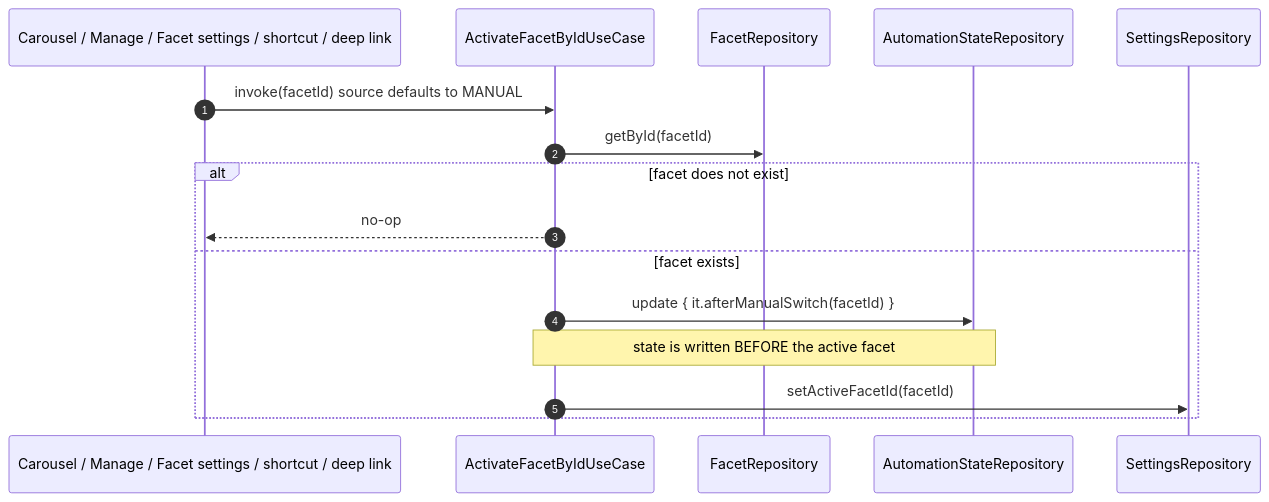
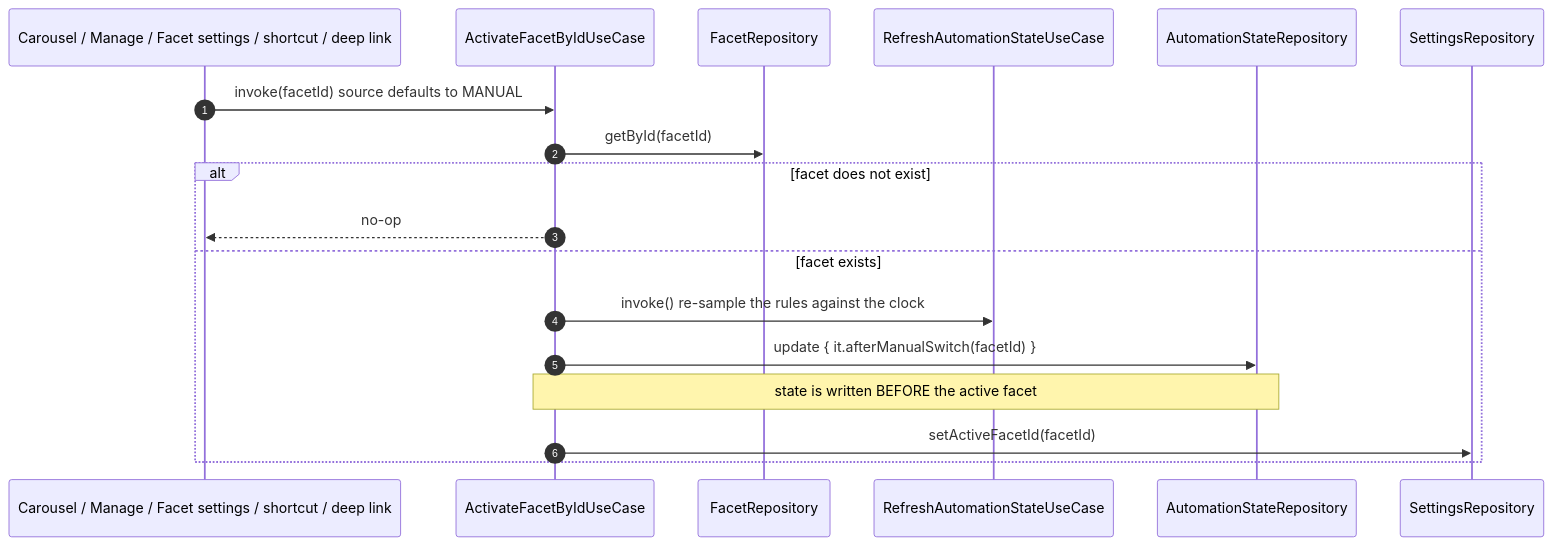
The second of 4 diagrams in docs/architecture/15-flow-facet-automation.md (rohitganjam/facet-launcher), drawn with Mermaid before and after one commit. The commit also changed other lines of this file and 34 other files, not shown here.

````diff
--- a/docs/architecture/15-flow-facet-automation.md
+++ b/docs/architecture/15-flow-facet-automation.md
@@ -193,18 +201,20 @@
 ```mermaid
 sequenceDiagram
     autonumber
     participant UI as Carousel / Manage / Facet settings / shortcut / deep link
     participant UC as ActivateFacetByIdUseCase
     participant FR as FacetRepository
+    participant RF as RefreshAutomationStateUseCase
     participant AS as AutomationStateRepository
     participant SR as SettingsRepository
     UI->>UC: invoke(facetId)   source defaults to MANUAL
     UC->>FR: getById(facetId)
     alt facet does not exist
         UC-->>UI: no-op
     else facet exists
+        UC->>RF: invoke()   re-sample the rules against the clock
         UC->>AS: update { it.afterManualSwitch(facetId) }
         Note over UC,AS: state is written BEFORE the active facet
         UC->>SR: setActiveFacetId(facetId)
     end
 ```
````
